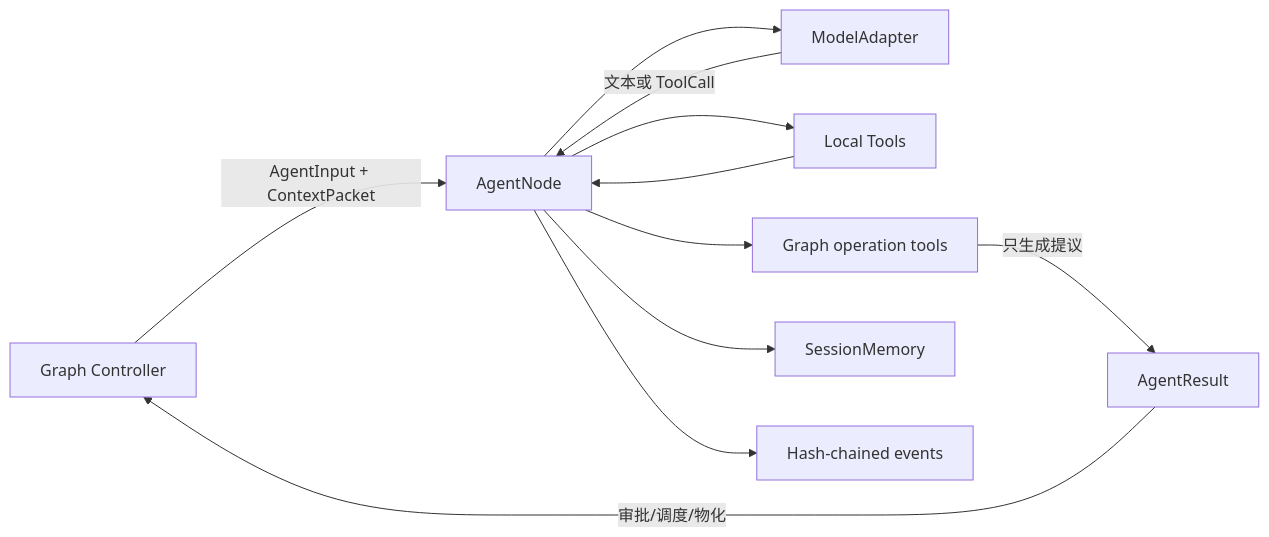
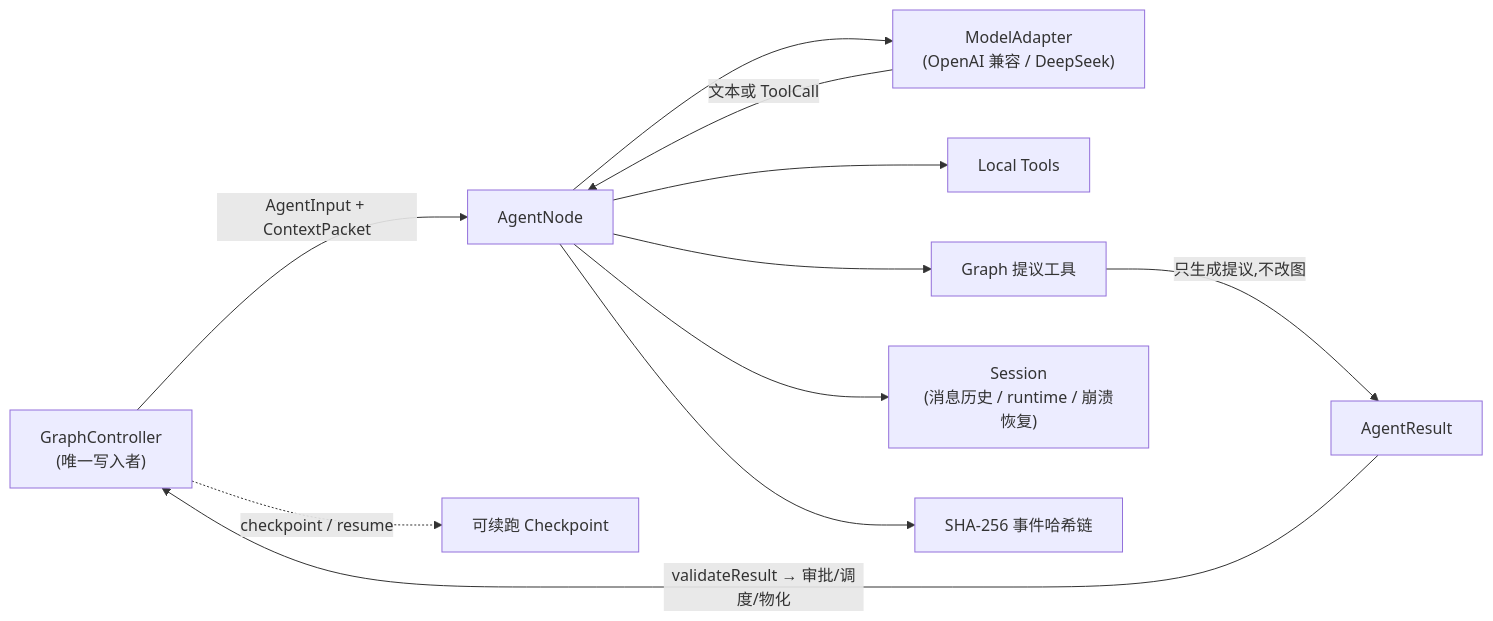
The diagram in README.md (Mashiromaster/Graph_Agent), drawn with Mermaid before and after one commit. The commit also changed other lines of this file, not shown here.

First line of the commit message:
docs: rewrite README for the TypeScript multi-agent runtime

````diff
--- a/README.md
+++ b/README.md
@@ -24,13 +11,13 @@
 ```mermaid
 flowchart LR
-    GC["Graph Controller"] -->|"AgentInput + ContextPacket"| N["AgentNode"]
-    N --> MA["ModelAdapter"]
+    GC["GraphController<br/>(唯一写入者)"] -->|"AgentInput + ContextPacket"| N["AgentNode"]
+    N --> MA["ModelAdapter<br/>(OpenAI 兼容 / DeepSeek)"]
     MA -->|"文本或 ToolCall"| N
     N --> LT["Local Tools"]
-    N --> GM["Graph operation tools"]
-    GM -->|"只生成提议"| R["AgentResult"]
-    LT --> N
-    N --> M["SessionMemory"]
-    N --> E["Hash-chained events"]
-    R -->|"审批/调度/物化"| GC
+    N --> GM["Graph 提议工具"]
+    GM -->|"只生成提议,不改图"| R["AgentResult"]
+    N --> SESS["Session<br/>(消息历史 / runtime / 崩溃恢复)"]
+    N --> E["SHA-256 事件哈希链"]
+    R -->|"validateResult → 审批/调度/物化"| GC
+    GC -.->|"checkpoint / resume"| CK["可续跑 Checkpoint"]
 ```
````
